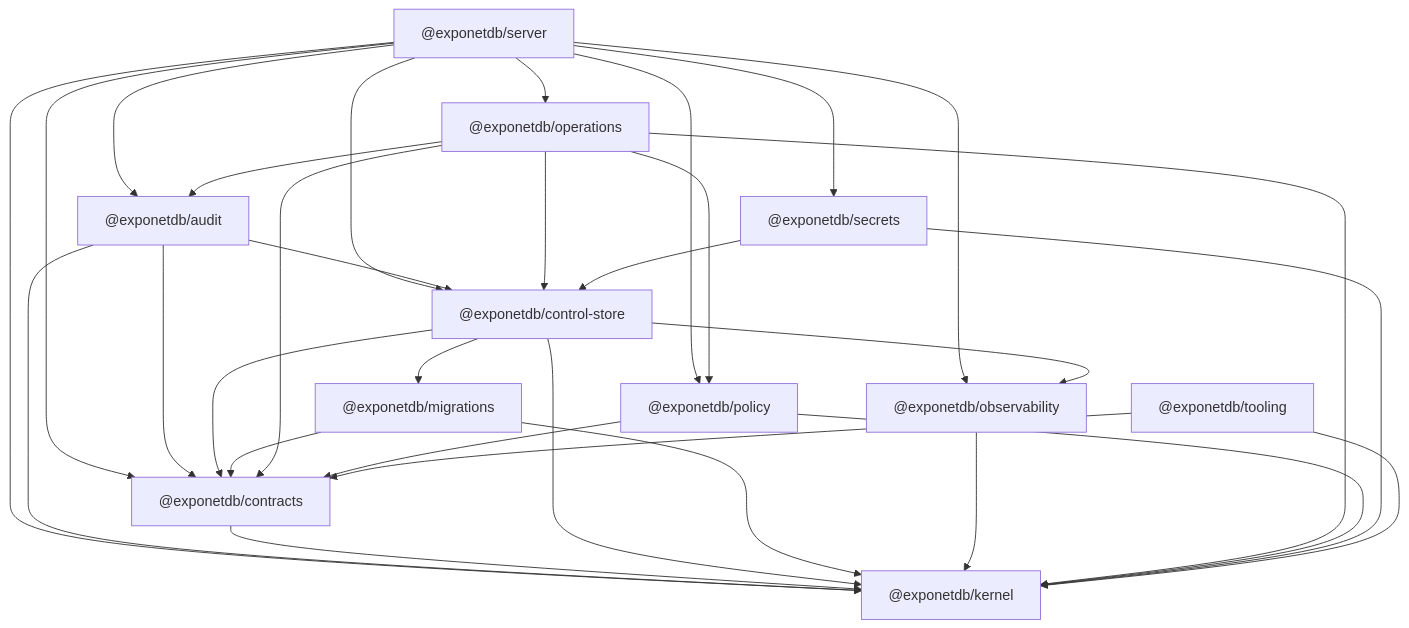
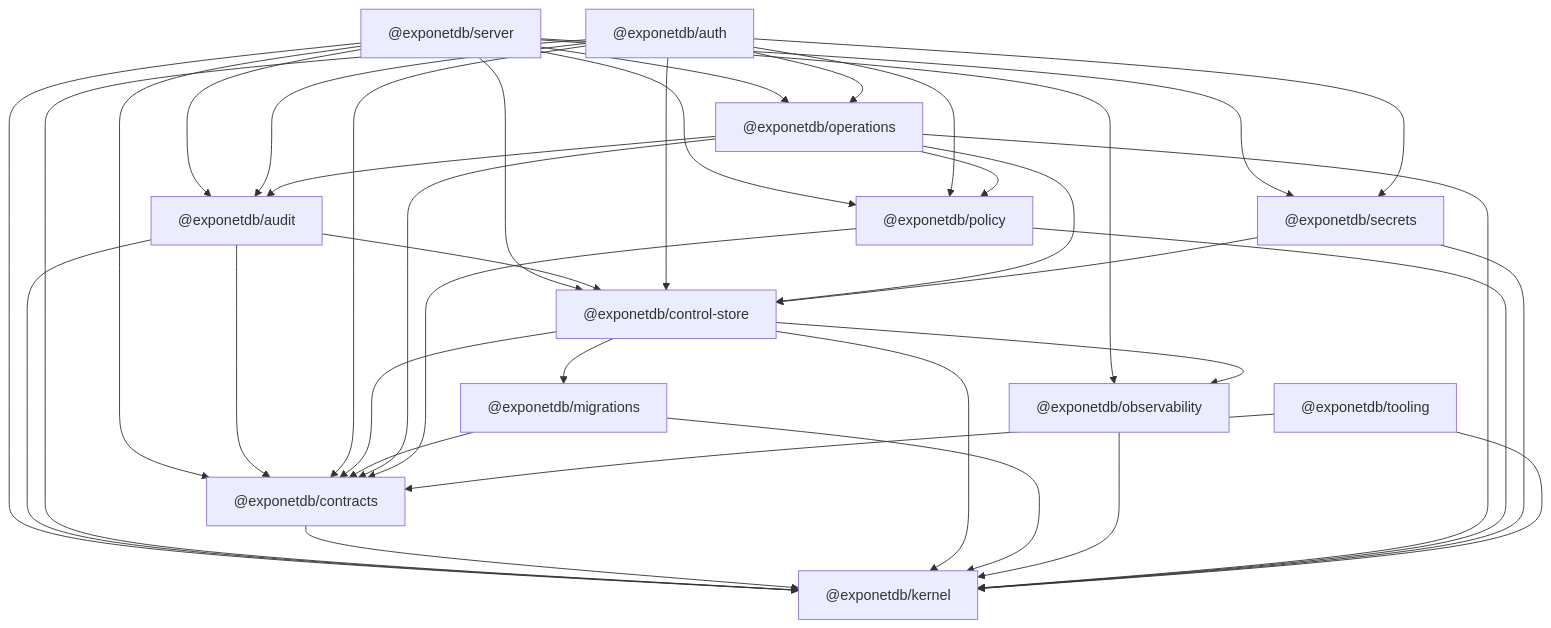
The diagram in tooling/boundaries/package-graph.md (davdxpx/ExponetDB), drawn with Mermaid before and after one commit. The commit also changed 22 other files, not shown here.

````diff
--- a/tooling/boundaries/package-graph.md
+++ b/tooling/boundaries/package-graph.md
@@ -7,44 +7,52 @@
 ```mermaid
 graph TD
   apps_server["@exponetdb/server"]
   packages_audit["@exponetdb/audit"]
+  packages_auth["@exponetdb/auth"]
   packages_contracts["@exponetdb/contracts"]
   packages_control-store["@exponetdb/control-store"]
   packages_kernel["@exponetdb/kernel"]
   packages_migrations["@exponetdb/migrations"]
   packages_observability["@exponetdb/observability"]
   packages_operations["@exponetdb/operations"]
   packages_policy["@exponetdb/policy"]
   packages_secrets["@exponetdb/secrets"]
   tooling["@exponetdb/tooling"]
   apps_server["@exponetdb/server"] --> packages_audit
   apps_server["@exponetdb/server"] --> packages_contracts
   apps_server["@exponetdb/server"] --> packages_control-store
   apps_server["@exponetdb/server"] --> packages_kernel
   apps_server["@exponetdb/server"] --> packages_observability
   apps_server["@exponetdb/server"] --> packages_operations
   apps_server["@exponetdb/server"] --> packages_policy
   apps_server["@exponetdb/server"] --> packages_secrets
   packages_audit["@exponetdb/audit"] --> packages_contracts
   packages_audit["@exponetdb/audit"] --> packages_control-store
   packages_audit["@exponetdb/audit"] --> packages_kernel
+  packages_auth["@exponetdb/auth"] --> packages_audit
+  packages_auth["@exponetdb/auth"] --> packages_contracts
+  packages_auth["@exponetdb/auth"] --> packages_control-store
+  packages_auth["@exponetdb/auth"] --> packages_kernel
+  packages_auth["@exponetdb/auth"] --> packages_operations
+  packages_auth["@exponetdb/auth"] --> packages_policy
+  packages_auth["@exponetdb/auth"] --> packages_secrets
   packages_contracts["@exponetdb/contracts"] --> packages_kernel
   packages_control-store["@exponetdb/control-store"] --> packages_contracts
   packages_control-store["@exponetdb/control-store"] --> packages_kernel
   packages_control-store["@exponetdb/control-store"] --> packages_migrations
   packages_control-store["@exponetdb/control-store"] --> packages_observability
   packages_migrations["@exponetdb/migrations"] --> packages_contracts
   packages_migrations["@exponetdb/migrations"] --> packages_kernel
   packages_observability["@exponetdb/observability"] --> packages_kernel
   packages_operations["@exponetdb/operations"] --> packages_audit
   packages_operations["@exponetdb/operations"] --> packages_contracts
   packages_operations["@exponetdb/operations"] --> packages_control-store
   packages_operations["@exponetdb/operations"] --> packages_kernel
   packages_operations["@exponetdb/operations"] --> packages_policy
   packages_policy["@exponetdb/policy"] --> packages_contracts
   packages_policy["@exponetdb/policy"] --> packages_kernel
   packages_secrets["@exponetdb/secrets"] --> packages_control-store
   packages_secrets["@exponetdb/secrets"] --> packages_kernel
   tooling["@exponetdb/tooling"] --> packages_contracts
   tooling["@exponetdb/tooling"] --> packages_kernel
 ```
````
